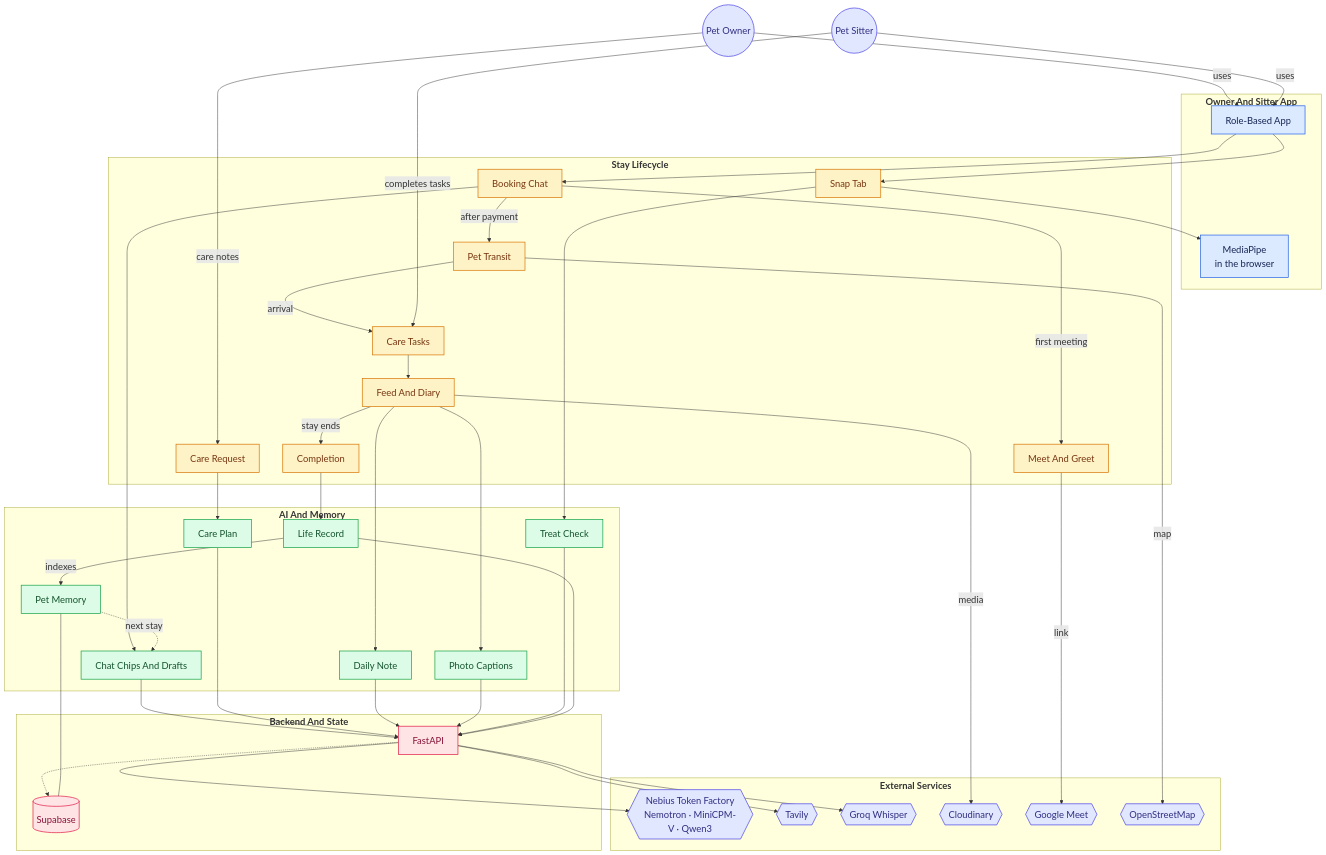
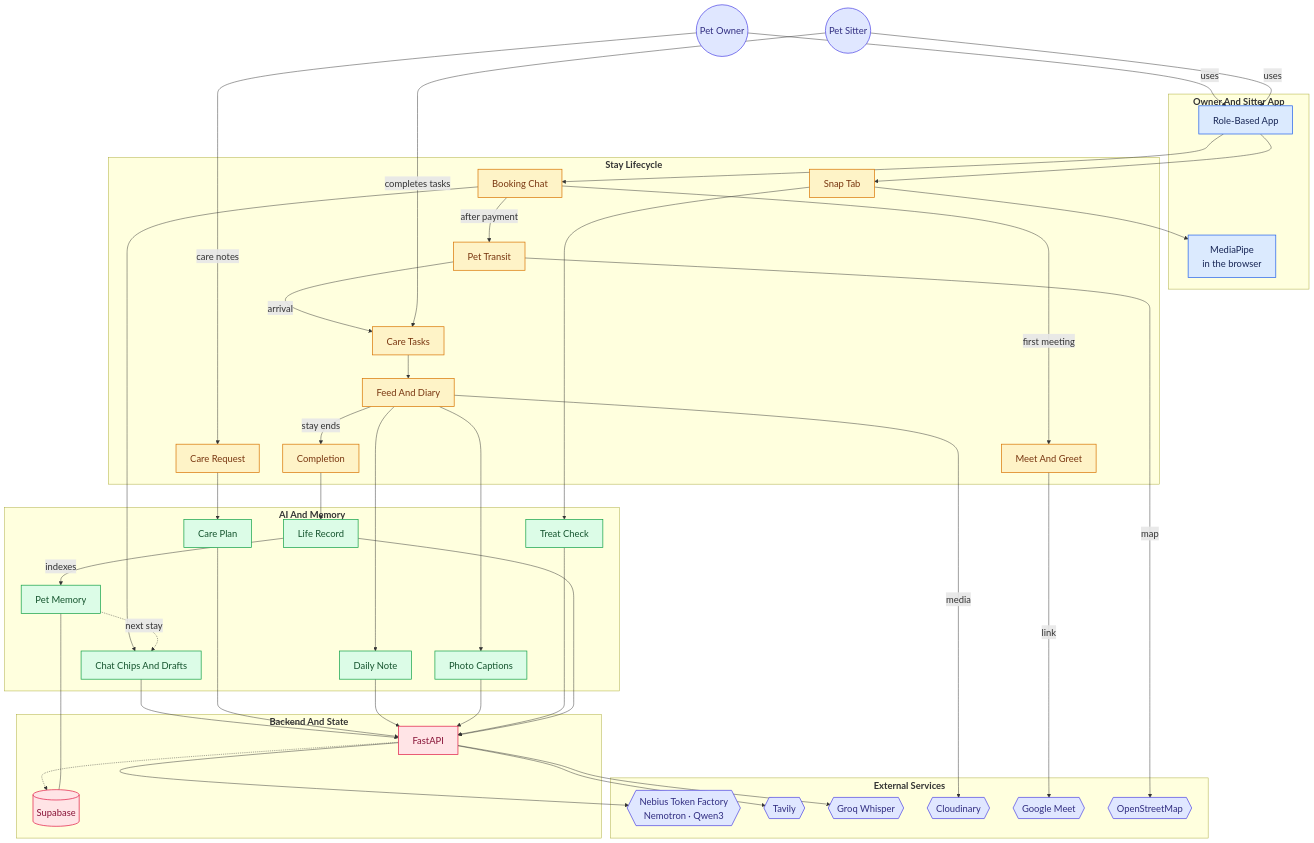
Before and after one commit to minsikpaul92/Goldito: the diagram in README.md, drawn with Mermaid. The commit also changed other lines of this file and 13 other files, not shown here.

```diff
--- a/README.md
+++ b/README.md
@@ -361,7 +365,7 @@
 end
 
 subgraph group_integrations["<b>External Services</b>"]
-  node_nebius{{"Nebius Token Factory<br/>Nemotron · MiniCPM-V · Qwen3"}}
+  node_nebius{{"Nebius Token Factory<br/>Nemotron · Qwen3"}}
   node_tavily{{"Tavily"}}
   node_groq{{"Groq Whisper"}}
   node_cloudinary{{"Cloudinary"}}
```
